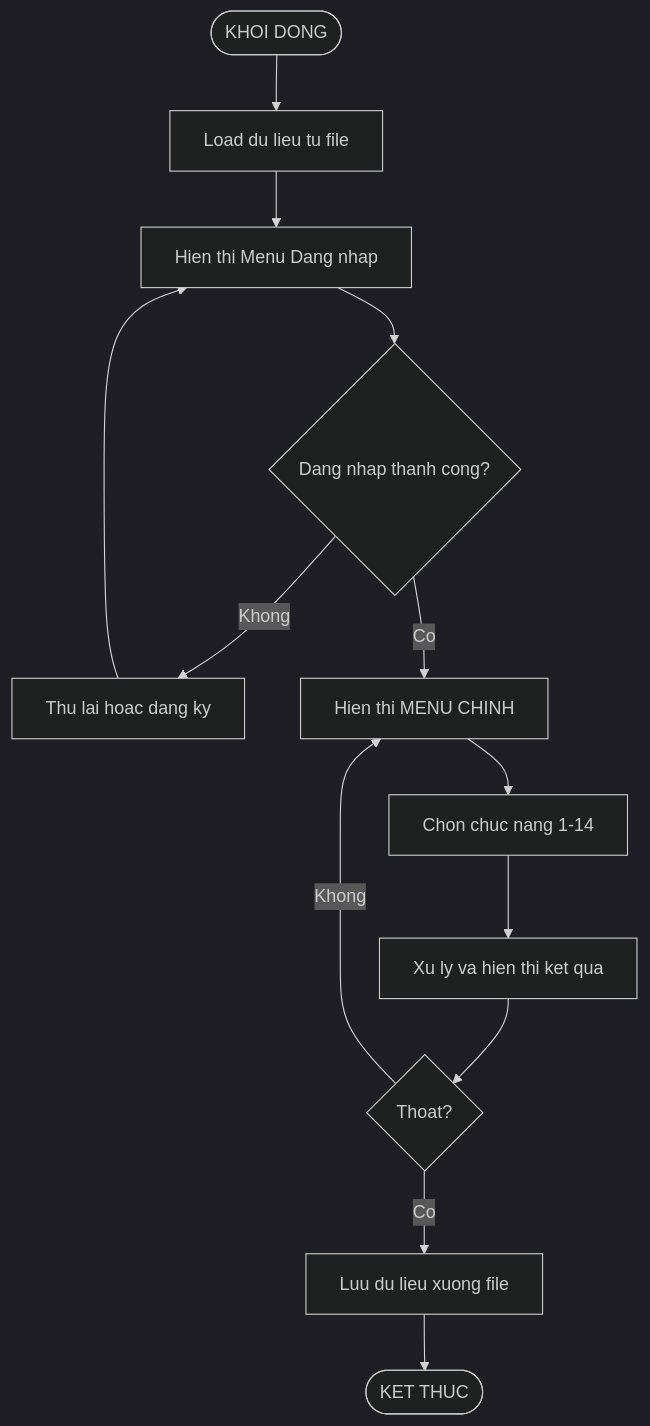
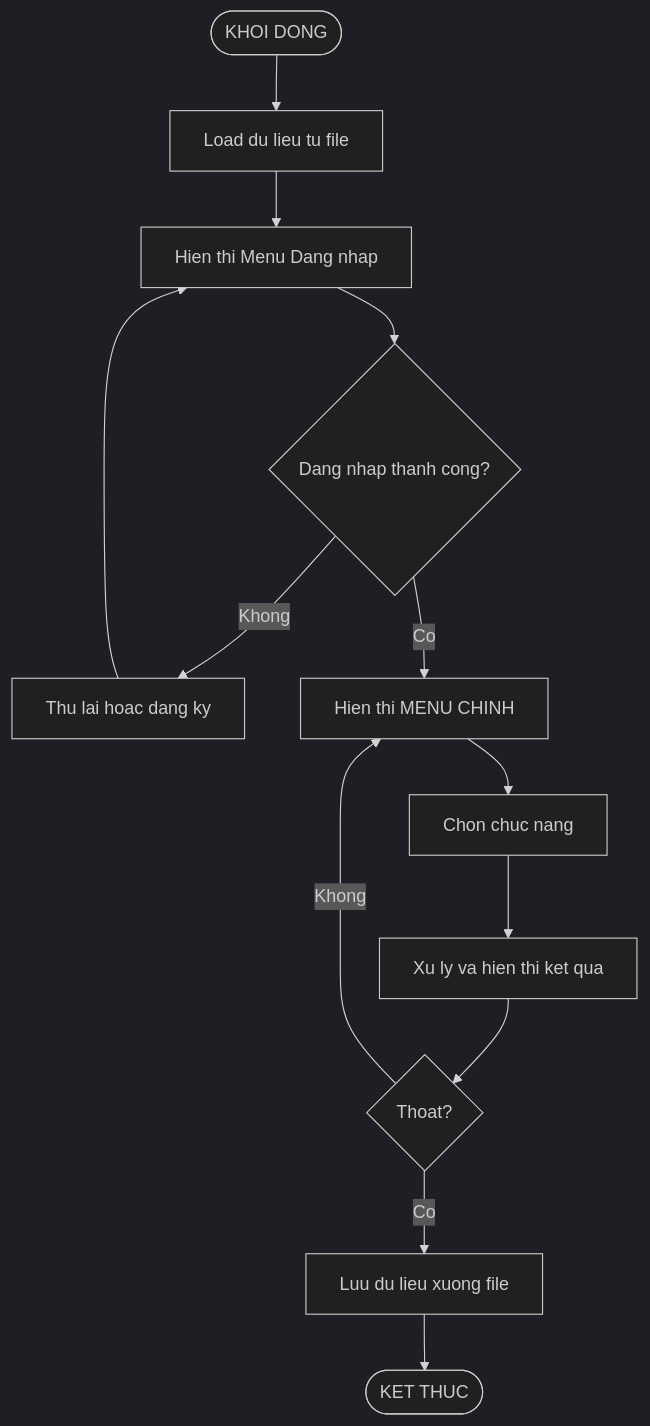
One commit to phucphuc2006/pro-192 changed the first of 20 diagrams in docs/Flowcharts/Flowcharts.md. Above: the diagram before and after it, drawn with Mermaid (dark theme). The commit also changed other lines of this file, not shown here.

Commit message:
Fix Mermaid: add quotes to all labels for GitHub compatibility

````diff
--- a/docs/Flowcharts/Flowcharts.md
+++ b/docs/Flowcharts/Flowcharts.md
@@ -12,15 +5,15 @@
 ```mermaid
 flowchart TD
-    A([KHOI DONG]) --> B[Load du lieu tu file]
-    B --> C[Hien thi Menu Dang nhap]
-    C --> D{Dang nhap thanh cong?}
-    D -->|Khong| E[Thu lai hoac dang ky]
+    A(["KHOI DONG"]) --> B["Load du lieu tu file"]
+    B --> C["Hien thi Menu Dang nhap"]
+    C --> D{"Dang nhap thanh cong?"}
+    D -->|Khong| E["Thu lai hoac dang ky"]
     E --> C
-    D -->|Co| F[Hien thi MENU CHINH]
-    F --> G[Chon chuc nang 1-14]
-    G --> H[Xu ly va hien thi ket qua]
-    H --> I{Thoat?}
+    D -->|Co| F["Hien thi MENU CHINH"]
+    F --> G["Chon chuc nang"]
+    G --> H["Xu ly va hien thi ket qua"]
+    H --> I{"Thoat?"}
     I -->|Khong| F
-    I -->|Co| J[Luu du lieu xuong file]
-    J --> K([KET THUC])
+    I -->|Co| J["Luu du lieu xuong file"]
+    J --> K(["KET THUC"])
 ```
````
